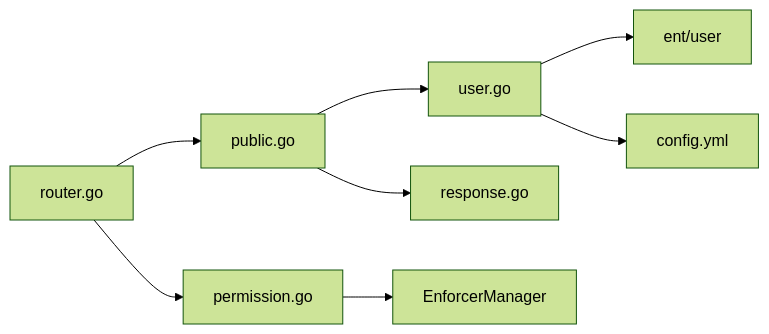
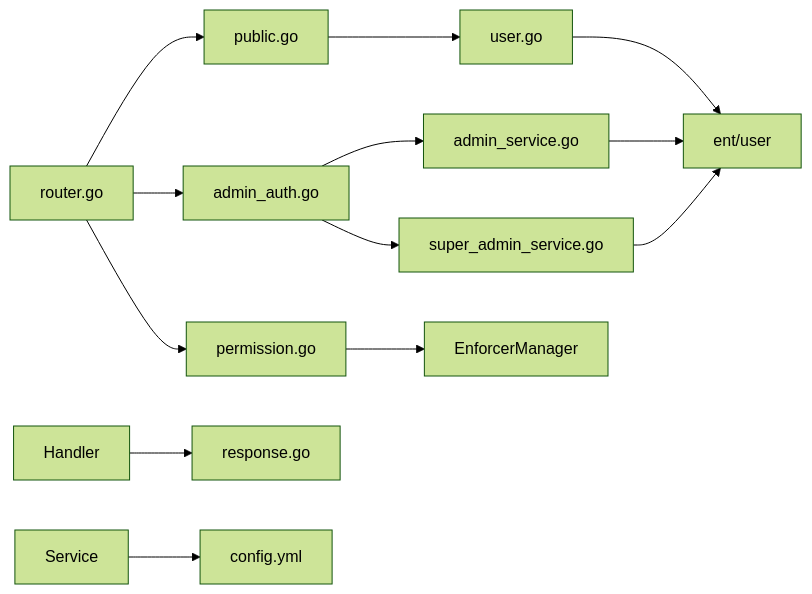
Before and after one commit to wuwuseo/e-sports-go-admin: the eighth of 8 diagrams in .qoder/repowiki/zh/content/核心模块/用户认证模块.md, drawn with Mermaid (forest theme). The commit also changed other lines of this file and 42 other files, not shown here.

````diff
--- a/.qoder/repowiki/zh/content/核心模块/用户认证模块.md
+++ b/.qoder/repowiki/zh/content/核心模块/用户认证模块.md
@@ -382,10 +473,15 @@
 ```mermaid
 graph LR
-Router["router.go"] --> Handler["public.go"]
-Handler --> Service["user.go"]
-Service --> ORM["ent/user"]
+Router["router.go"] --> PublicHandler["public.go"]
+Router --> AdminAuthHandler["admin_auth.go"]
+AdminAuthHandler --> AdminService["admin_service.go"]
+AdminAuthHandler --> SuperAdminService["super_admin_service.go"]
+PublicHandler --> UserService["user.go"]
+AdminService --> ORM["ent/admin"]
+SuperAdminService --> ORM
+UserService --> ORM["ent/user"]
 Handler --> Utils["response.go"]
 Service --> Config["config.yml"]
 Router --> Middleware["permission.go"]
 Middleware --> Casbin["EnforcerManager"]
 ```
````
